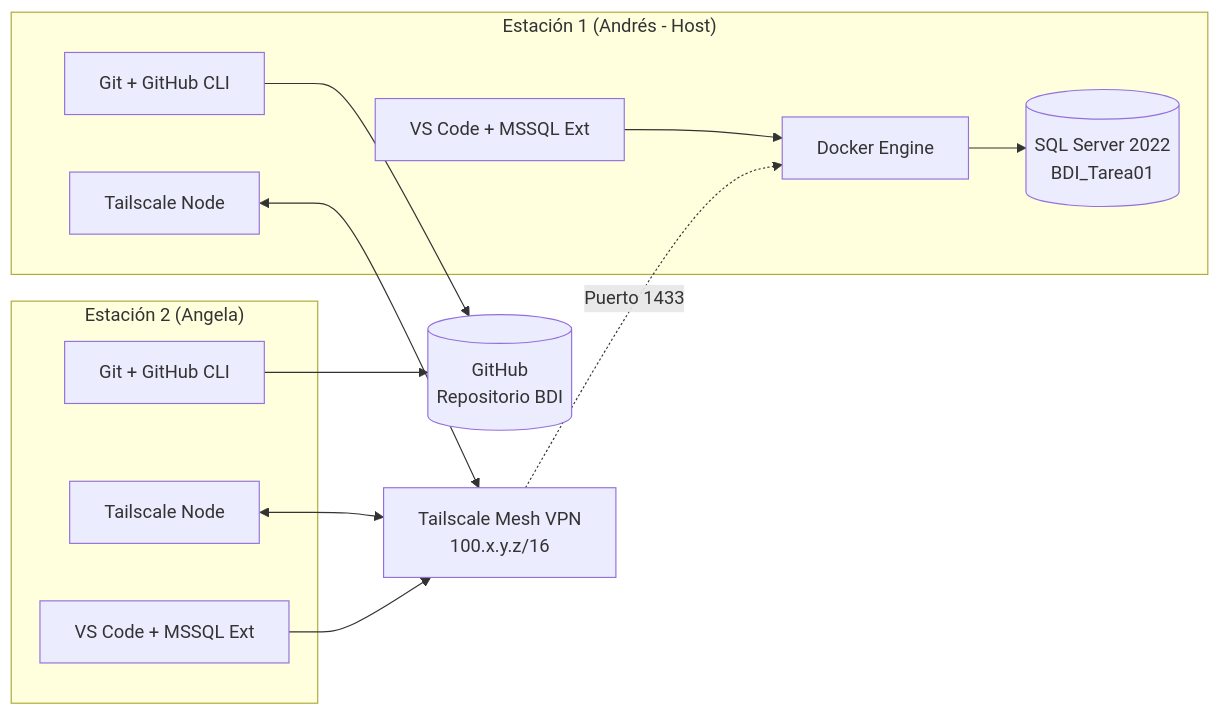
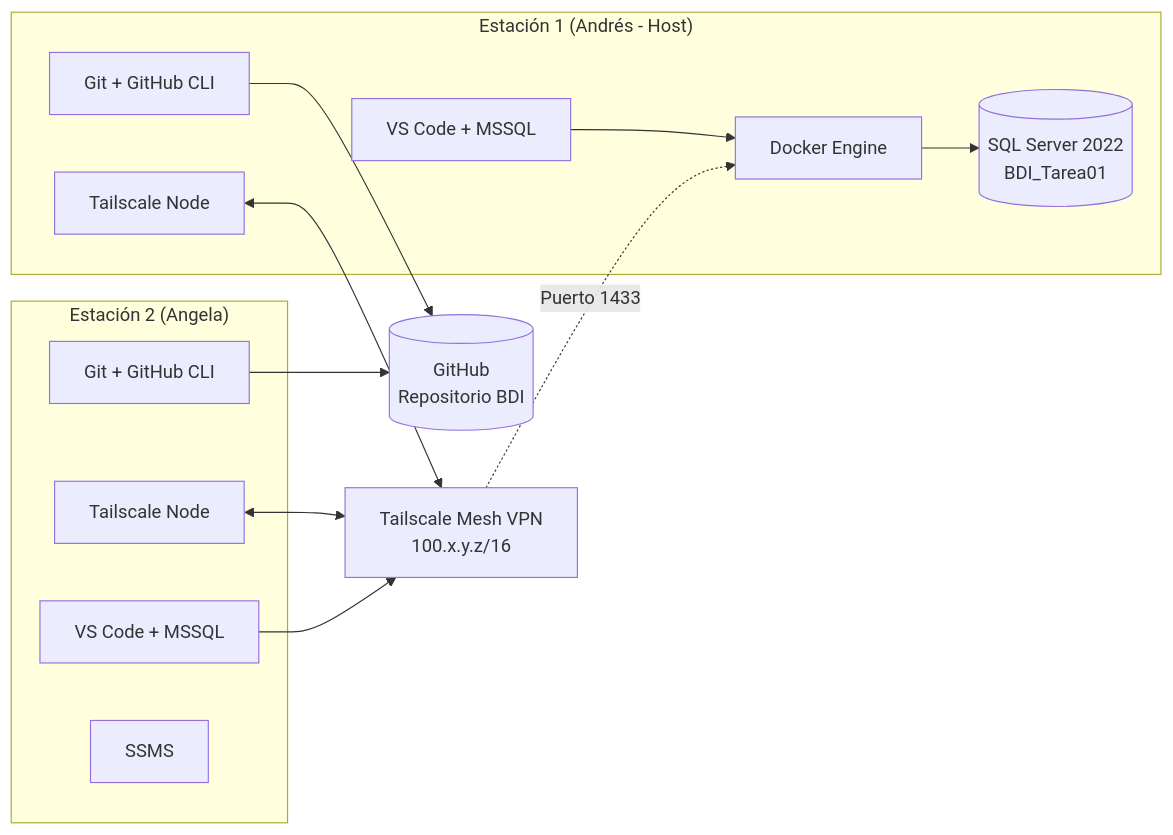
Before and after one commit to AndresAp01/BDI: the first of 2 diagrams in Tarea01/docs/analisis_resultados.md, drawn with Mermaid. The commit also changed other lines of this file and 2 other files, not shown here.

````diff
--- a/Tarea01/docs/analisis_resultados.md
+++ b/Tarea01/docs/analisis_resultados.md
@@ -67,27 +52,28 @@
 ```mermaid
 graph LR
     subgraph "Estación 1 (Andrés - Host)"
-        A1[VS Code + MSSQL Ext]
+        A1[VS Code + MSSQL]
         A2[Git + GitHub CLI]
         A3[Tailscale Node]
         DOCKER[Docker Engine]
         SQL[(SQL Server 2022\nBDI_Tarea01)]
         DOCKER --> SQL
     end
 
     subgraph "Estación 2 (Angela)"
-        B1[VS Code + MSSQL Ext]
+        B1[VS Code + MSSQL]
         B2[Git + GitHub CLI]
         B3[Tailscale Node]
+        B4[SSMS]
     end
 
     GITHUB[(GitHub\nRepositorio BDI)]
     TAILSCALE[Tailscale Mesh VPN\n100.x.y.z/16]
 
     A1 --> DOCKER
     A3 <--> TAILSCALE
     B3 <--> TAILSCALE
     B1 --> TAILSCALE -.->|Puerto 1433| DOCKER
     A2 --> GITHUB
     B2 --> GITHUB
 ```
````
